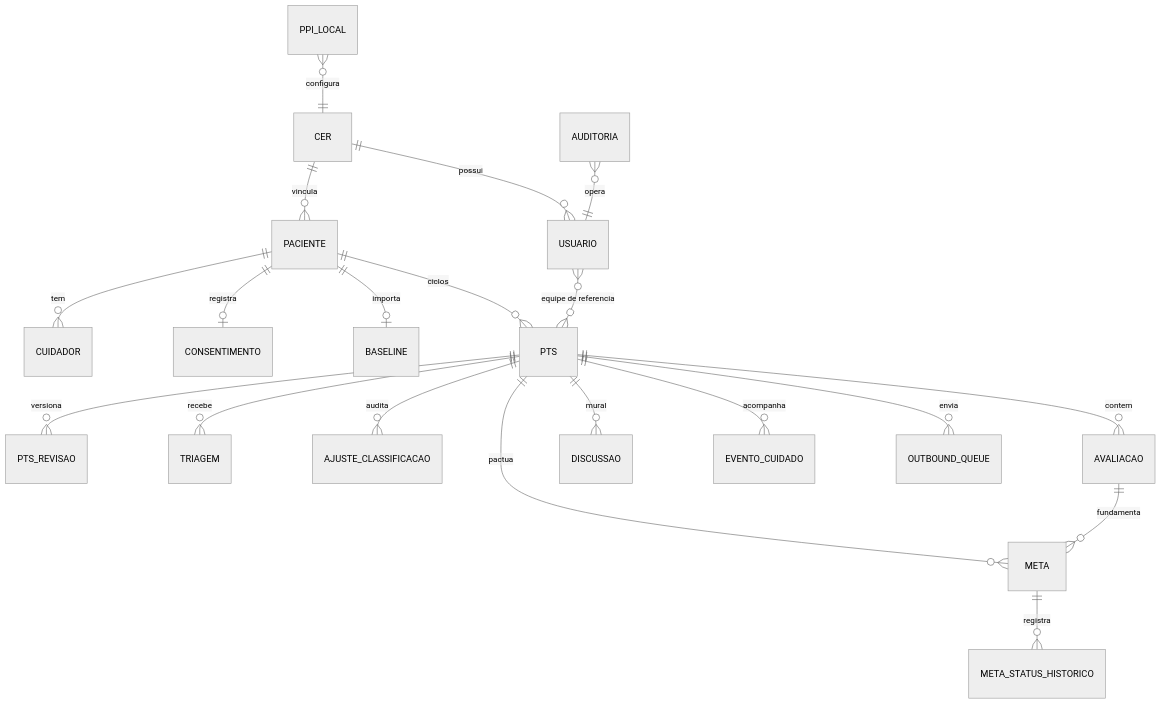
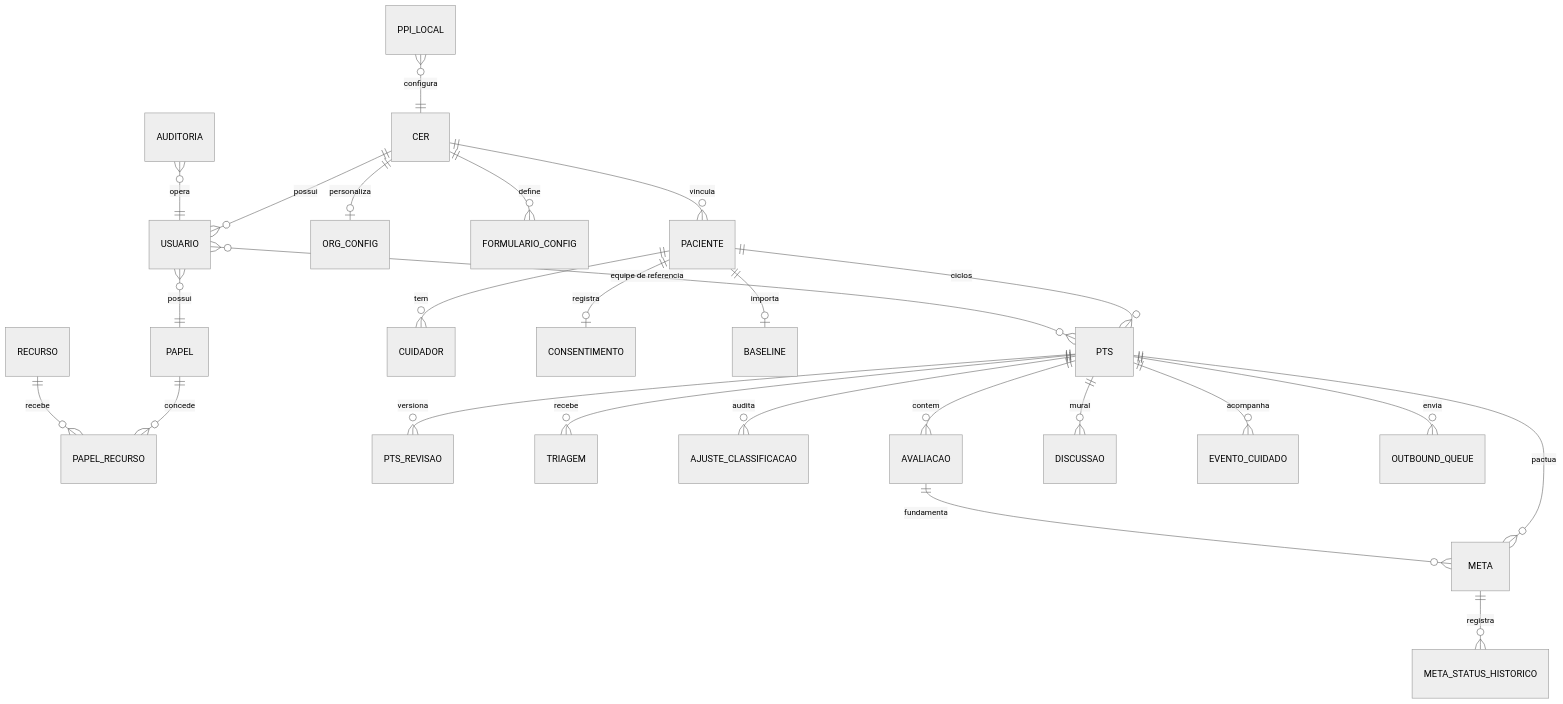
Before and after one commit to PET-Saude-Digital-GT-01-PCD/pts: the diagram in docs/pts-context-docs/plano/12-modelo-de-dados.md, drawn with Mermaid (neutral theme). The commit also changed other lines of this file and 34 other files, not shown here.

````diff
--- a/docs/pts-context-docs/plano/12-modelo-de-dados.md
+++ b/docs/pts-context-docs/plano/12-modelo-de-dados.md
@@ -7,22 +7,27 @@
 ```mermaid
 erDiagram
     CER ||--o{ USUARIO : possui
+    USUARIO }o--|| PAPEL : possui
+    PAPEL ||--o{ PAPEL_RECURSO : concede
+    RECURSO ||--o{ PAPEL_RECURSO : recebe
+    CER ||--o| ORG_CONFIG : personaliza
+    CER ||--o{ FORMULARIO_CONFIG : define
     CER ||--o{ PACIENTE : vincula
     PACIENTE ||--o{ CUIDADOR : tem
     PACIENTE ||--o| CONSENTIMENTO : registra
     PACIENTE ||--o| BASELINE : importa
     PACIENTE ||--o{ PTS : "ciclos"
     USUARIO }o--o{ PTS : "equipe de referencia"
     PTS ||--o{ PTS_REVISAO : versiona
     PTS ||--o{ TRIAGEM : recebe
     PTS ||--o{ AJUSTE_CLASSIFICACAO : audita
     PTS ||--o{ AVALIACAO : contem
     PTS ||--o{ META : pactua
     META ||--o{ META_STATUS_HISTORICO : registra
     AVALIACAO ||--o{ META : fundamenta
     PTS ||--o{ DISCUSSAO : mural
     PTS ||--o{ EVENTO_CUIDADO : acompanha
     PTS ||--o{ OUTBOUND_QUEUE : envia
     AUDITORIA }o--|| USUARIO : opera
     PPI_LOCAL }o--|| CER : configura
 ```
````
